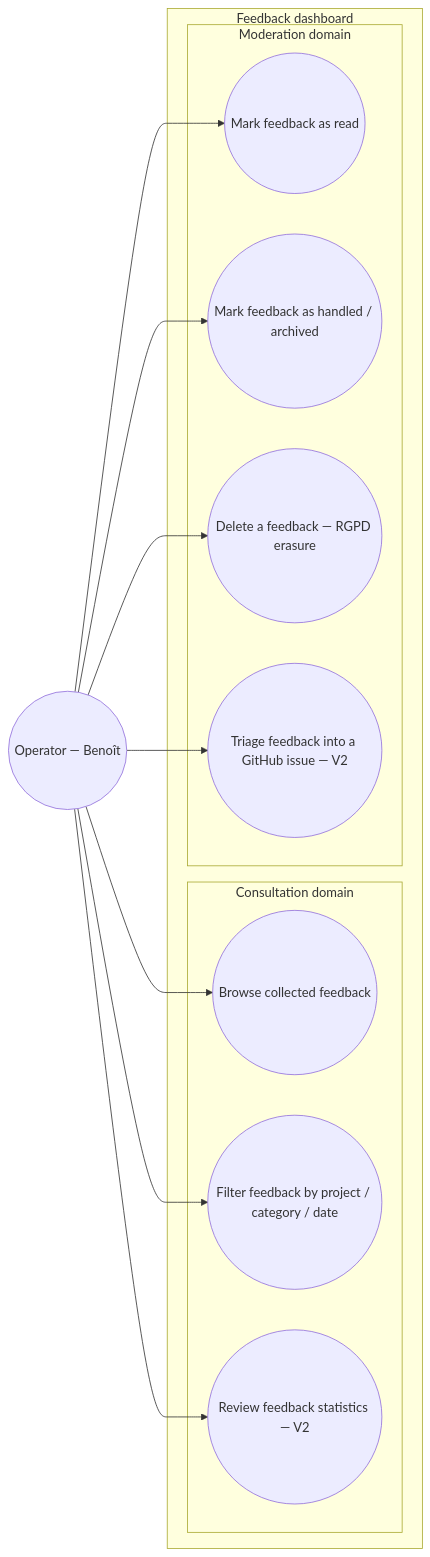
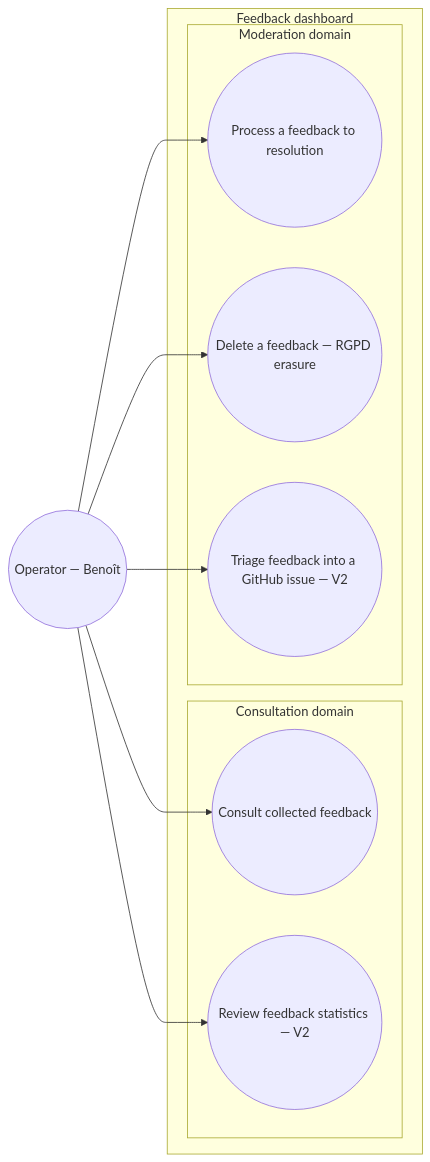
One commit to benoit-bremaud/feedback-widget changed the diagram in docs/architecture/diagrams/feedback-dashboard/01-use-case.md. Above: the diagram before and after it, drawn with Mermaid. The commit also changed other lines of this file and 2 other files, not shown here.

First line of the commit message:
docs(feedback-dashboard/architecture): apply UML review fixes

````diff
--- a/docs/architecture/diagrams/feedback-dashboard/01-use-case.md
+++ b/docs/architecture/diagrams/feedback-dashboard/01-use-case.md
@@ -15,26 +16,22 @@
 ```mermaid
 flowchart LR
   Operator(("Operator — Benoît"))
 
   subgraph SYSTEM ["Feedback dashboard"]
     subgraph Consultation ["Consultation domain"]
-      UC1(("Browse collected feedback"))
-      UC2(("Filter feedback by project / category / date"))
-      UC7(("Review feedback statistics — V2"))
+      UC1(("Consult collected feedback"))
+      UC2(("Review feedback statistics — V2"))
     end
     subgraph Moderation ["Moderation domain"]
-      UC3(("Mark feedback as read"))
-      UC4(("Mark feedback as handled / archived"))
-      UC5(("Delete a feedback — RGPD erasure"))
-      UC6(("Triage feedback into a GitHub issue — V2"))
+      UC3(("Process a feedback to resolution"))
+      UC4(("Delete a feedback — RGPD erasure"))
+      UC5(("Triage feedback into a GitHub issue — V2"))
     end
   end
 
   Operator --> UC1
   Operator --> UC2
   Operator --> UC3
   Operator --> UC4
   Operator --> UC5
-  Operator --> UC6
-  Operator --> UC7
 ```
````
